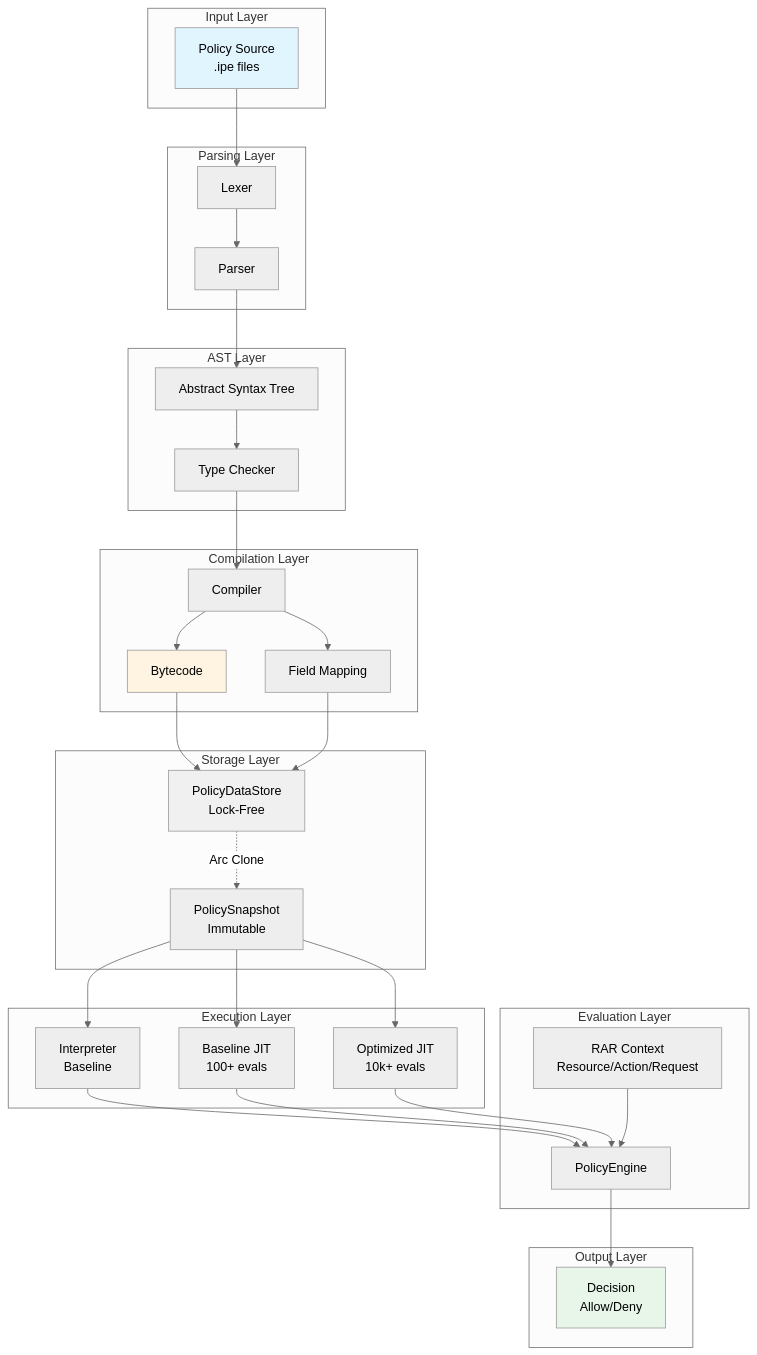
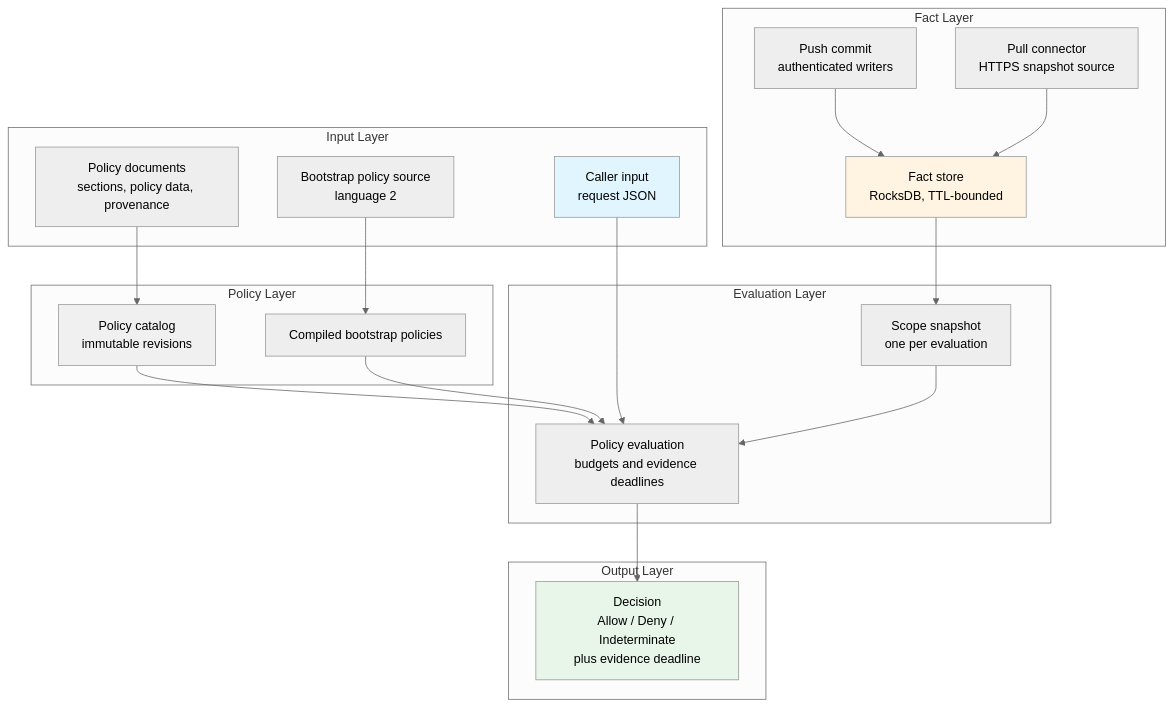
One commit to jrepp/ipe changed the first of 6 diagrams in docs/ARCHITECTURE.md. Above: the diagram before and after it, drawn with Mermaid (neutral theme). The commit also changed other lines of this file and 15 other files, not shown here.

````diff
--- a/docs/ARCHITECTURE.md
+++ b/docs/ARCHITECTURE.md
@@ -7,67 +11,43 @@
 ```mermaid
 graph TB
     subgraph "Input Layer"
-        PS[Policy Source<br/>.ipe files]
+        IN[Caller input<br/>request JSON]
+        DOC[Policy documents<br/>sections, policy data, provenance]
+        SRC[Bootstrap policy source<br/>language 2]
     end
 
-    subgraph "Parsing Layer"
-        L[Lexer]
-        P[Parser]
-        PS --> L
-        L --> P
+    subgraph "Fact Layer"
+        PUSH[Push commit<br/>authenticated writers]
+        PULL[Pull connector<br/>HTTPS snapshot source]
+        FS[Fact store<br/>RocksDB, TTL-bounded]
+        PUSH --> FS
+        PULL --> FS
     end
 
-    subgraph "AST Layer"
-        AST[Abstract Syntax Tree]
-        TC[Type Checker]
-        P --> AST
-        AST --> TC
-    end
-
-    subgraph "Compilation Layer"
-        C[Compiler]
-        BC[Bytecode]
-        FM[Field Mapping]
-        TC --> C
-        C --> BC
-        C --> FM
-    end
-
-    subgraph "Storage Layer"
-        DS[PolicyDataStore<br/>Lock-Free]
-        SS[PolicySnapshot<br/>Immutable]
-        DS -.Arc Clone.-> SS
-        BC --> DS
-        FM --> DS
-    end
-
-    subgraph "Execution Layer"
-        I[Interpreter<br/>Baseline]
-        BJ[Baseline JIT<br/>100+ evals]
-        OJ[Optimized JIT<br/>10k+ evals]
-
-        SS --> I
-        SS --> BJ
-        SS --> OJ
+    subgraph "Policy Layer"
+        CAT[Policy catalog<br/>immutable revisions]
+        BP[Compiled bootstrap policies]
+        SRC --> BP
+        DOC --> CAT
     end
 
     subgraph "Evaluation Layer"
-        E[PolicyEngine]
-        R[RAR Context<br/>Resource/Action/Request]
-
-        I --> E
-        BJ --> E
-        OJ --> E
-        R --> E
+        SNAP[Scope snapshot<br/>one per evaluation]
+        EV[Policy evaluation<br/>budgets and evidence deadlines]
+        FS --> SNAP
+        CAT --> EV
+        BP --> EV
+        IN --> EV
+        SNAP --> EV
     end
 
     subgraph "Output Layer"
-        D[Decision<br/>Allow/Deny]
-        E --> D
+        D[Decision<br/>Allow / Deny / Indeterminate<br/>plus evidence deadline]
+        EV --> D
     end
 
-    style PS fill:#e1f5ff
-    style BC fill:#fff4e1
-    style DS fill:#f0f0f0
+    style IN fill:#e1f5ff
+    style FS fill:#fff4e1
+    style CAT fill:#f0f0f0
     style D fill:#e8f5e9
 ```
````
